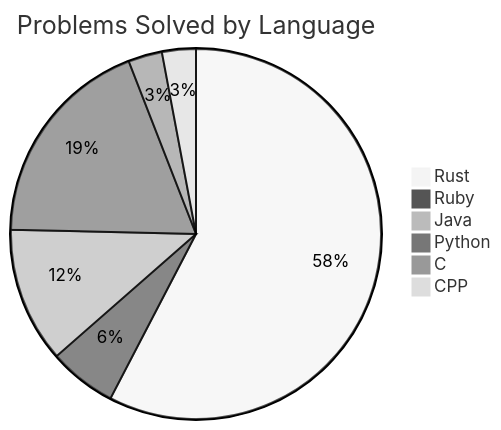
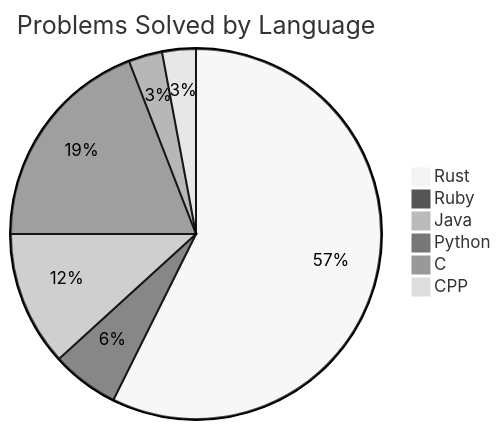
One commit to Liam-Wirth/leetcode-solutions changed the diagram in README.md. Above: the diagram before and after it, drawn with Mermaid (neutral theme). The commit also changed other lines of this file and 2 other files, not shown here.

````diff
--- a/README.md
+++ b/README.md
@@ -28,9 +28,9 @@
 ```mermaid
 pie title Problems Solved by Language
     "Rust": 117
     "Ruby": 12
     "Java": 24
-    "Python": 38
+    "Python": 39
     "C": 6
     "CPP": 6
 ```
````
